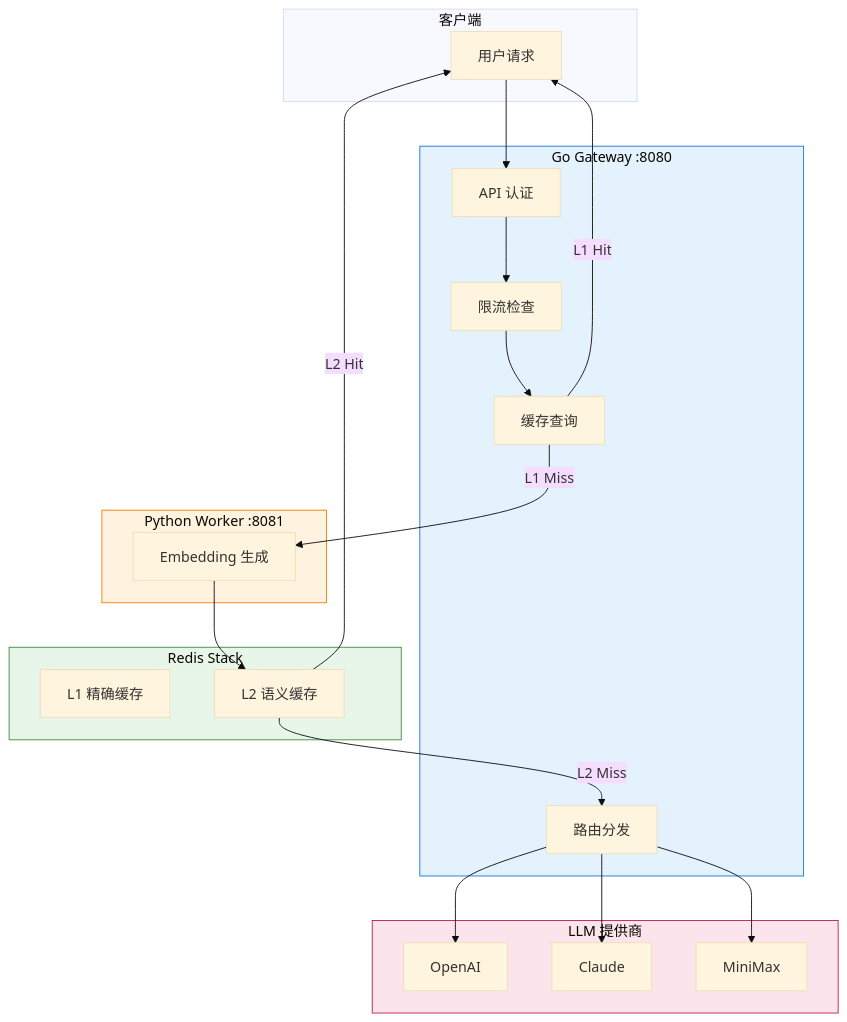
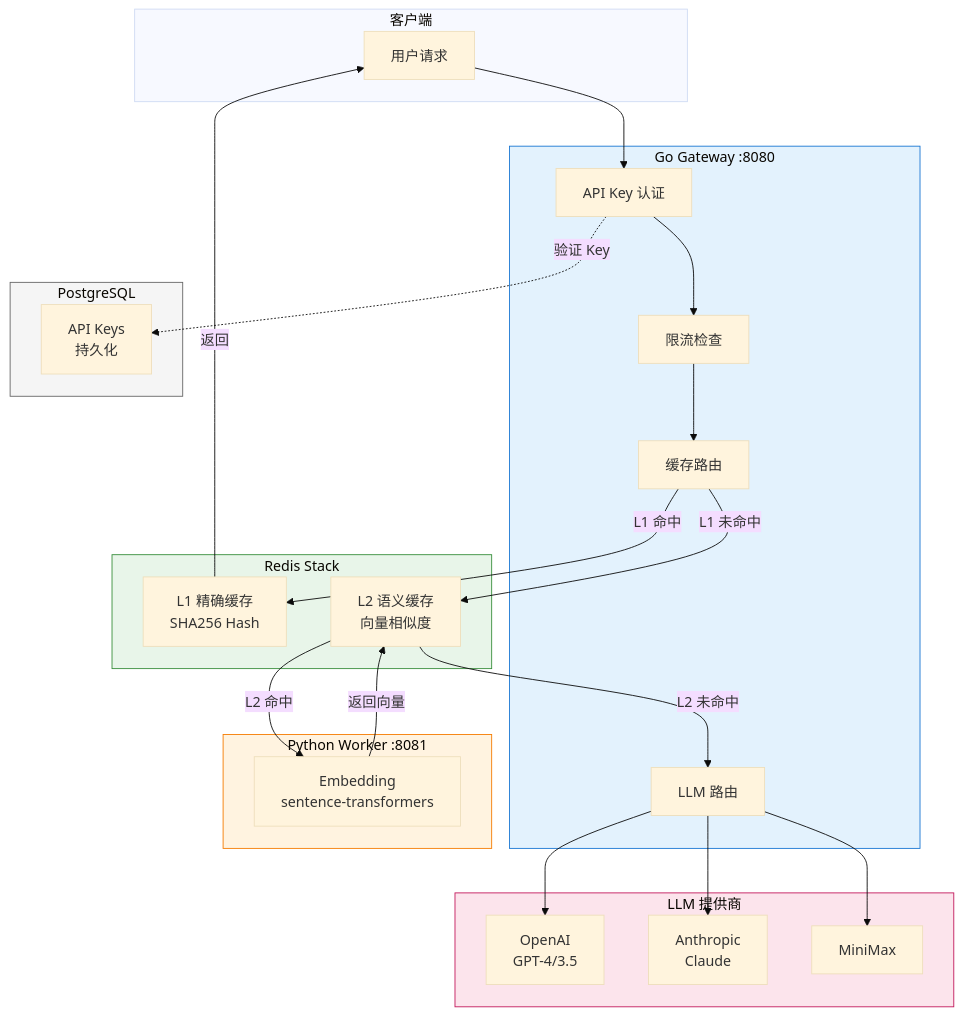
Before and after one commit to Oxidaner/High-Performance-LLM-Gateway: the diagram in README-zh.md, drawn with Mermaid (base theme). The commit also changed other lines of this file and 4 other files, not shown here.

First line of the commit message:
Update README with Mermaid architecture diagrams

````diff
--- a/README-zh.md
+++ b/README-zh.md
@@ -18,45 +7,52 @@
 ```mermaid
 flowchart TB
     subgraph Client["客户端"]
-        A[用户请求]
+        Req[用户请求]
     end
 
     subgraph Gateway["Go Gateway :8080"]
-        B[API 认证]
-        C[限流检查]
-        D[缓存查询]
-        E[路由分发]
+        Auth[API Key 认证]
+        Rate[限流检查]
+        Cache[缓存路由]
+        Router[LLM 路由]
     end
 
-    subgraph Cache["Redis Stack"]
-        F[L1 精确缓存]
-        G[L2 语义缓存]
+    subgraph Redis["Redis Stack"]
+        L1[L1 精确缓存<br/>SHA256 Hash]
+        L2[L2 语义缓存<br/>向量相似度]
     end
 
     subgraph Worker["Python Worker :8081"]
-        H[Embedding 生成]
+        Embed[Embedding<br/>sentence-transformers]
+    end
+
+    subgraph DB["PostgreSQL"]
+        Keys[API Keys<br/>持久化]
     end
 
     subgraph LLM["LLM 提供商"]
-        I[OpenAI]
-        J[Claude]
-        K[MiniMax]
+        OpenAI[OpenAI<br/>GPT-4/3.5]
+        Claude[Anthropic<br/>Claude]
+        MiniMax[MiniMax]
     end
 
-    A --> B
-    B --> C
-    C --> D
-    D -->|L1 Hit| A
-    D -->|L1 Miss| H
-    H --> G
-    G -->|L2 Hit| A
-    G -->|L2 Miss| E
-    E --> I
-    E --> J
-    E --> K
+    Req --> Auth
+    Auth -.->|验证 Key| Keys
+    Auth --> Rate
+    Rate --> Cache
+    Cache -->|L1 命中| L1
+    L1 -->|返回| Req
+    Cache -->|L1 未命中| L2
+    L2 -->|L2 命中| Embed
+    Embed -->|返回向量| L2
+    L2 -->|L2 未命中| Router
+    Router --> OpenAI
+    Router --> Claude
+    Router --> MiniMax
 
     style Gateway fill:#e3f2fd,stroke:#1976d2
-    style Cache fill:#e8f5e9,stroke:#388e3c
+    style Redis fill:#e8f5e9,stroke:#388e3c
     style Worker fill:#fff3e0,stroke:#f57c00
     style LLM fill:#fce4ec,stroke:#c2185b
+    style DB fill:#f5f5f5,stroke:#666666
 ```
````
